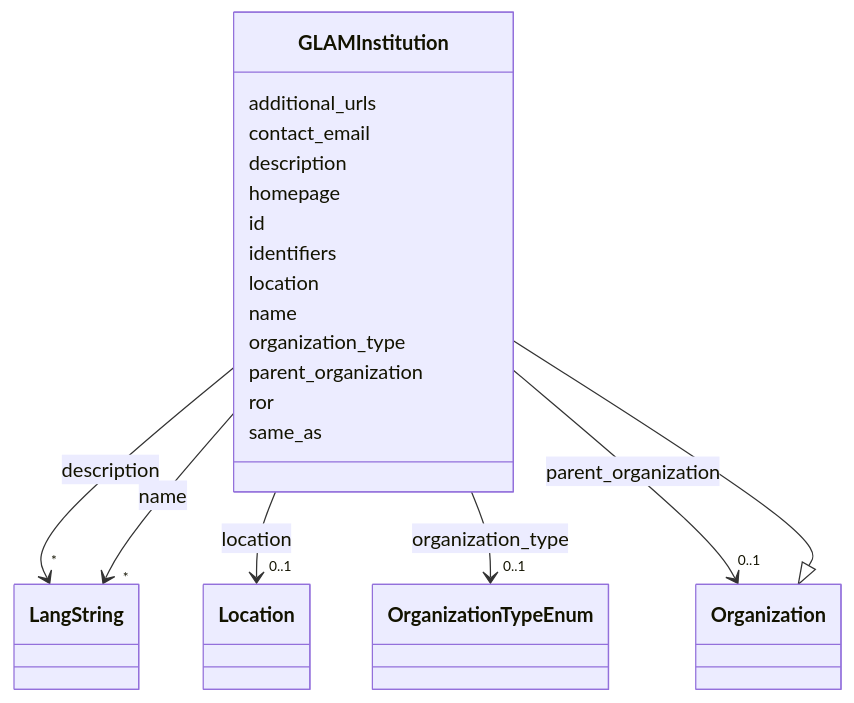
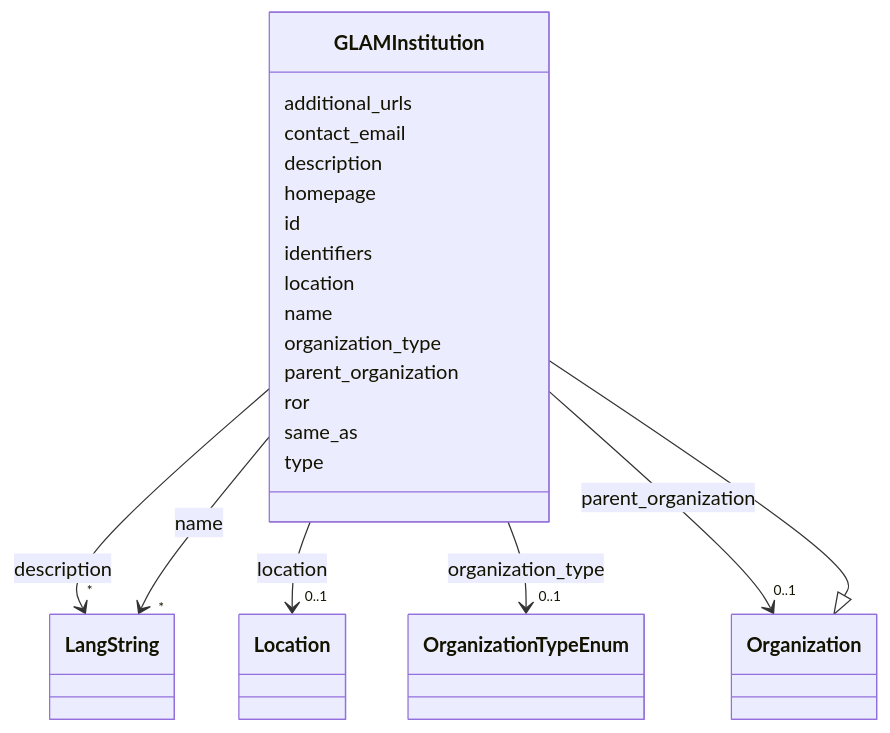
Before and after one commit to DARIAH-IL/idhi-manifests: the diagram in docs/classes/GLAMInstitution.md, drawn with Mermaid. The commit also changed other lines of this file and 26 other files, not shown here.

````diff
--- a/docs/classes/GLAMInstitution.md
+++ b/docs/classes/GLAMInstitution.md
@@ -23,78 +23,80 @@
 ```mermaid
  classDiagram
     class GLAMInstitution
     click GLAMInstitution href "../../classes/GLAMInstitution/"
       Organization <|-- GLAMInstitution
         click Organization href "../../classes/Organization/"
       
       GLAMInstitution : additional_urls
         
       GLAMInstitution : contact_email
         
       GLAMInstitution : description
         
           
     
         
         
         GLAMInstitution --> "*" LangString : description
         click LangString href "../../classes/LangString/"
     
 
         
       GLAMInstitution : homepage
         
       GLAMInstitution : id
         
       GLAMInstitution : identifiers
         
       GLAMInstitution : location
         
           
     
         
         
         GLAMInstitution --> "0..1" Location : location
         click Location href "../../classes/Location/"
     
 
         
       GLAMInstitution : name
         
           
     
         
         
         GLAMInstitution --> "*" LangString : name
         click LangString href "../../classes/LangString/"
     
 
         
       GLAMInstitution : organization_type
         
           
     
         
         
         GLAMInstitution --> "0..1" OrganizationTypeEnum : organization_type
         click OrganizationTypeEnum href "../../enums/OrganizationTypeEnum/"
     
 
         
       GLAMInstitution : parent_organization
         
           
     
         
         
         GLAMInstitution --> "0..1" Organization : parent_organization
         click Organization href "../../classes/Organization/"
     
 
         
       GLAMInstitution : ror
         
       GLAMInstitution : same_as
         
+      GLAMInstitution : type
+        
       
 ```
````
